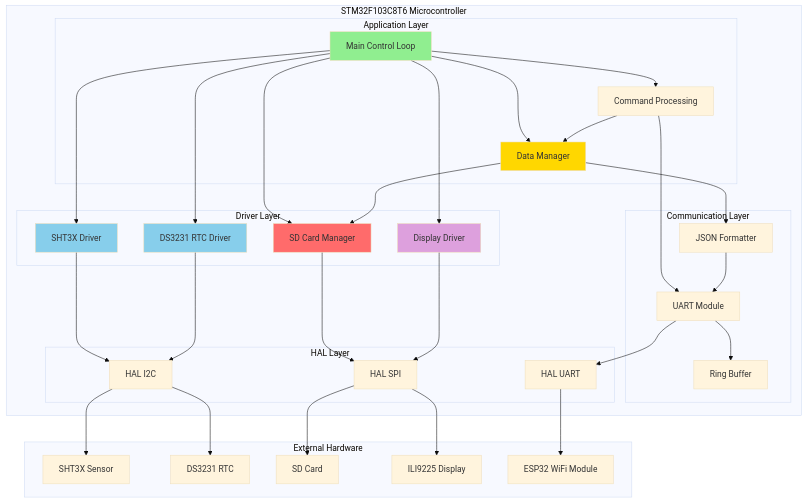
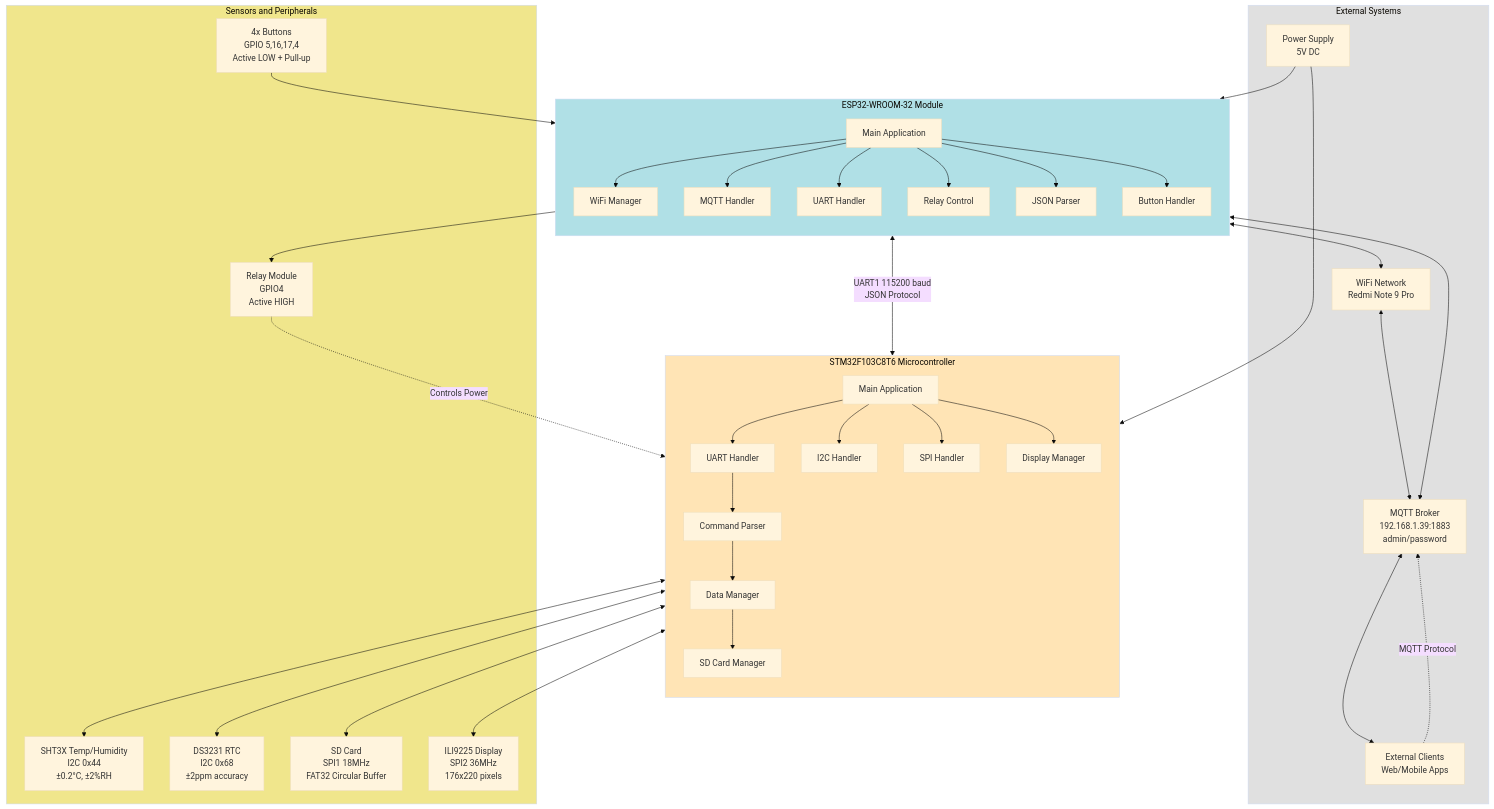
The first of 7 diagrams in documents/firmware/ARCHITECTURE_DIAGRAM_FIRMWARE.md (meeTeam05/datalogger), drawn with Mermaid (base theme) before and after one commit. The commit also changed other lines of this file, not shown here.

Commit message:
fix(docs): refactor architecture documentation for stm32 and esp32 coordination system

````diff
--- a/documents/firmware/ARCHITECTURE_DIAGRAM_FIRMWARE.md
+++ b/documents/firmware/ARCHITECTURE_DIAGRAM_FIRMWARE.md
@@ -7,76 +7,82 @@
 ```mermaid
 graph TB
-    subgraph "STM32F103C8T6 Microcontroller"
-        subgraph "Application Layer"
-            Main[Main Control Loop]
-            CMD[Command Processing]
-            DM[Data Manager]
-        end
-
-        subgraph "Driver Layer"
-            SHT3X[SHT3X Driver]
-            DS3231[DS3231 RTC Driver]
-            SD[SD Card Manager]
-            DISP[Display Driver]
-        end
-
-        subgraph "Communication Layer"
-            UART[UART Module]
-            RB[Ring Buffer]
-            JSON[JSON Formatter]
-        end
-
-        subgraph "HAL Layer"
-            HAL_I2C[HAL I2C]
-            HAL_SPI[HAL SPI]
-            HAL_UART[HAL UART]
-        end
+    subgraph External[External Systems]
+        User[External Clients<br/>Web/Mobile Apps]
+        Power[Power Supply<br/>5V DC]
+        Network[WiFi Network<br/>Redmi Note 9 Pro]
+        Broker[MQTT Broker<br/>192.168.1.39:1883<br/>admin/password]
     end
 
-    subgraph "External Hardware"
-        SENSOR[SHT3X Sensor]
-        RTC[DS3231 RTC]
-        SDCARD[SD Card]
-        LCD[ILI9225 Display]
-        ESP32[ESP32 WiFi Module]
+    subgraph STM32[STM32F103C8T6 Microcontroller]
+        direction TB
+        STM32_Main[Main Application]
+        STM32_UART[UART Handler]
+        STM32_I2C[I2C Handler]
+        STM32_SPI[SPI Handler]
+        STM32_CMD[Command Parser]
+        STM32_DM[Data Manager]
+        STM32_SD[SD Card Manager]
+        STM32_Display[Display Manager]
+
+        STM32_Main --> STM32_UART
+        STM32_Main --> STM32_I2C
+        STM32_Main --> STM32_SPI
+        STM32_UART --> STM32_CMD
+        STM32_CMD --> STM32_DM
+        STM32_DM --> STM32_SD
+        STM32_Main --> STM32_Display
     end
 
-    %% Application Layer Connections
-    Main --> CMD
-    Main --> DM
-    Main --> SHT3X
-    Main --> DS3231
-    Main --> SD
-    Main --> DISP
+    subgraph ESP32[ESP32-WROOM-32 Module]
+        direction TB
+        ESP32_Main[Main Application]
+        ESP32_WiFi[WiFi Manager]
+        ESP32_MQTT[MQTT Handler]
+        ESP32_UART2[UART Handler]
+        ESP32_Relay[Relay Control]
+        ESP32_JSON[JSON Parser]
+        ESP32_Button[Button Handler]
 
-    CMD --> UART
-    CMD --> DM
+        ESP32_Main --> ESP32_WiFi
+        ESP32_Main --> ESP32_MQTT
+        ESP32_Main --> ESP32_UART2
+        ESP32_Main --> ESP32_Relay
+        ESP32_Main --> ESP32_JSON
+        ESP32_Main --> ESP32_Button
+    end
 
-    DM --> JSON
-    DM --> SD
+    subgraph Sensors[Sensors and Peripherals]
+        SHT3X[SHT3X Temp/Humidity<br/>I2C 0x44<br/>±0.2°C, ±2%RH]
+        RTC[DS3231 RTC<br/>I2C 0x68<br/>±2ppm accuracy]
+        SD[SD Card<br/>SPI1 18MHz<br/>FAT32 Circular Buffer]
+        TFT[ILI9225 Display<br/>SPI2 36MHz<br/>176x220 pixels]
+        RelayHW[Relay Module<br/>GPIO4<br/>Active HIGH]
+        Buttons[4x Buttons<br/>GPIO 5,16,17,4<br/>Active LOW + Pull-up]
+    end
 
-    %% Communication Layer
-    UART --> RB
-    JSON --> UART
+    Power --> STM32
+    Power --> ESP32
 
-    %% Driver to HAL
-    SHT3X --> HAL_I2C
-    DS3231 --> HAL_I2C
-    SD --> HAL_SPI
-    DISP --> HAL_SPI
-    UART --> HAL_UART
+    STM32_I2C <--> SHT3X
+    STM32_I2C <--> RTC
+    STM32_SPI <--> SD
+    STM32_SPI <--> TFT
 
-    %% HAL to Hardware
-    HAL_I2C --> SENSOR
-    HAL_I2C --> RTC
-    HAL_SPI --> SDCARD
-    HAL_SPI --> LCD
-    HAL_UART --> ESP32
+    STM32_UART <-->|UART1 115200 baud<br/>JSON Protocol| ESP32_UART2
 
-    style Main fill:#90EE90
-    style DM fill:#FFD700
-    style SD fill:#FF6B6B
-    style DISP fill:#DDA0DD
-    style SHT3X fill:#87CEEB
-    style DS3231 fill:#87CEEB
+    ESP32_WiFi <--> Network
+    Network <--> Broker
+    ESP32_MQTT <--> Broker
+    Broker <--> User
+
+    ESP32_Relay --> RelayHW
+    Buttons --> ESP32_Button
+    RelayHW -.->|Controls Power| STM32
+
+    User -.->|MQTT Protocol| Broker
+
+    style STM32 fill:#FFE4B5
+    style ESP32 fill:#B0E0E6
+    style External fill:#E0E0E0
+    style Sensors fill:#F0E68C
 ```
````
